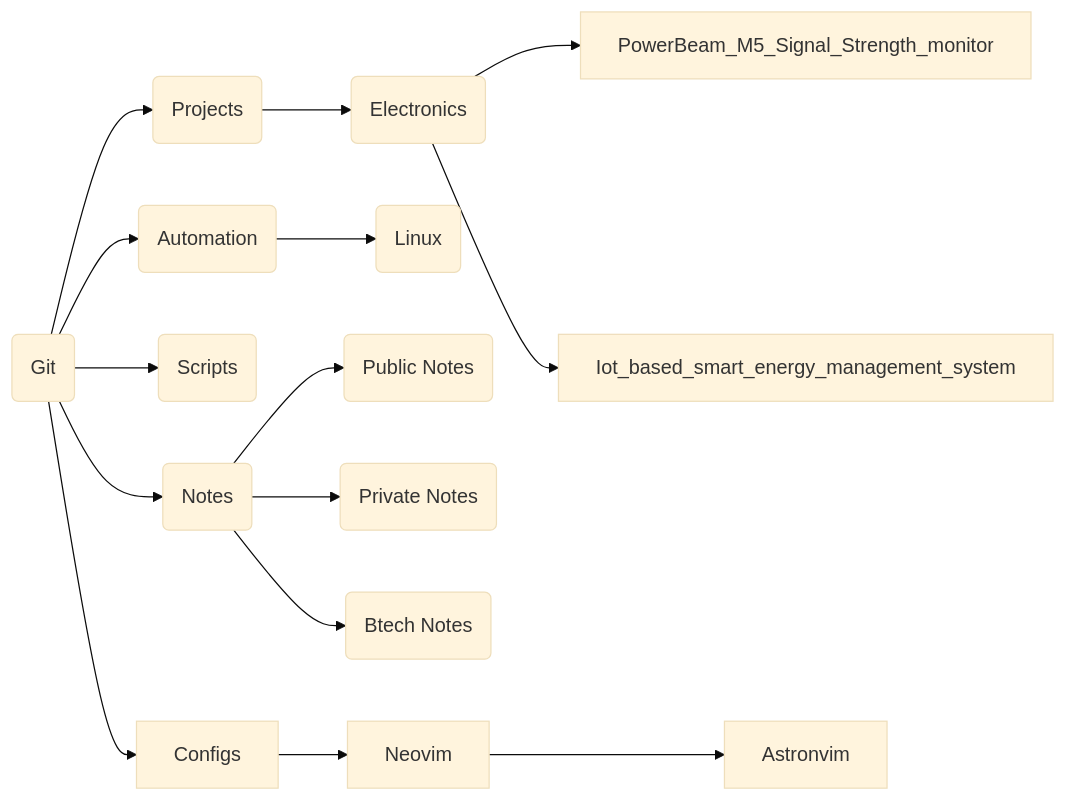
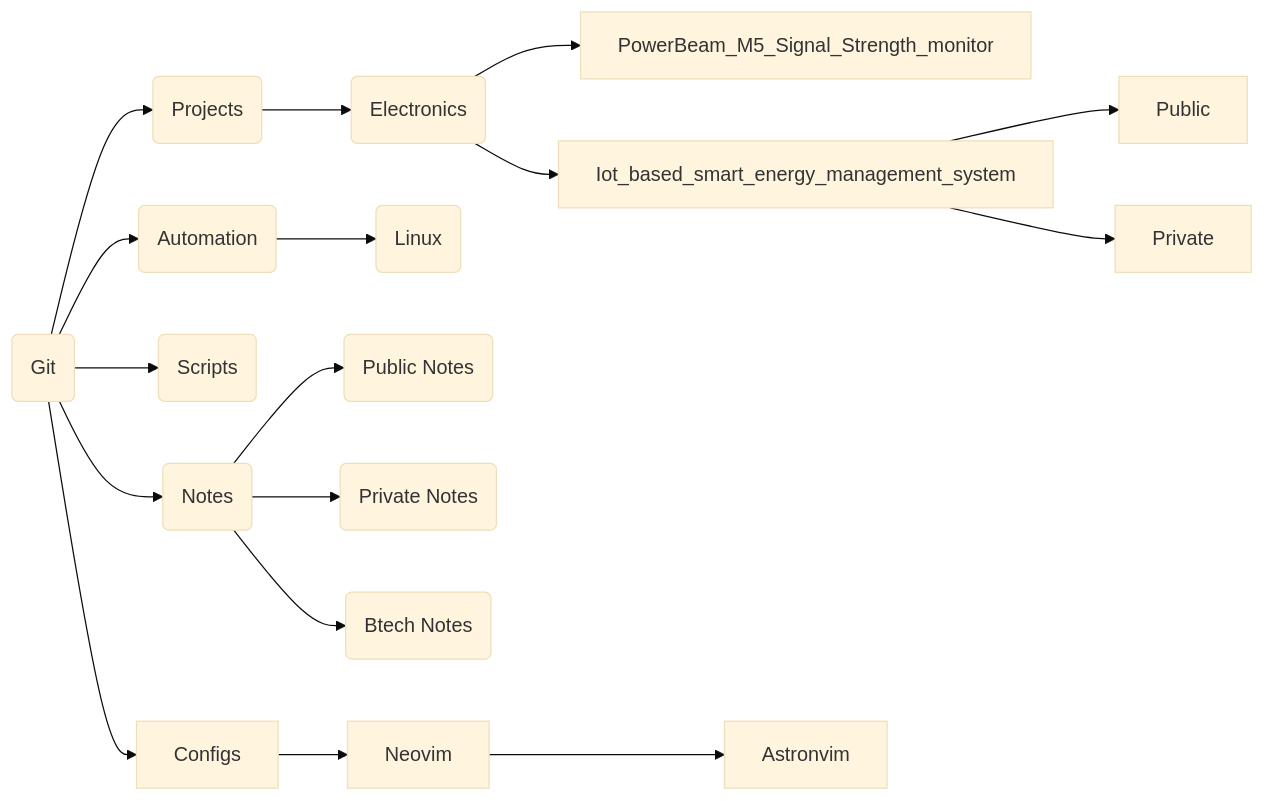
Before and after one commit to aruncs31s/aruncs31s: the diagram in Navigation.md.md, drawn with Mermaid (base theme).

Commit message:
Backup Sat Jul 20 11:19:51 PM IST 2024

````diff
--- a/Navigation.md.md
+++ b/Navigation.md.md
@@ -1,25 +1,26 @@
 ```mermaid
 
 graph LR
 A(Git) --> B(Projects)
 B --> F(Electronics)
 A --> C(Automation)
 C --> D(Linux)
 A --> E(Scripts)
 A --> N(Notes)
 F --> G[PowerBeam_M5_Signal_Strength_monitor ]
 click G "https://github.com/aruncs31s/PowerBeam_M5_Signal_Strength_monitor" "Goto Link"
 
-F --> H[Iot_based_smart_energy_management_system]
+F --> H[Iot_based_smart_energy_management_system] --> HH[Public]
+H --> HG[Private]
 N --> L(Public Notes)
 N --> M(Private Notes)
 N --> O(Btech Notes)
 
 A --> P[Configs]
 P --> Q[Neovim]
 Q --> QQ[Astronvim]
 
 click L "https://github.com/aruncs31s/Notes" "Notes"
 click M "https://github.com/aruncs31s/Private_Notes" "Private Notes"
 click O "https://github.com/aruncs31s/BtechEC" "Btech Notes"
 ```
````
